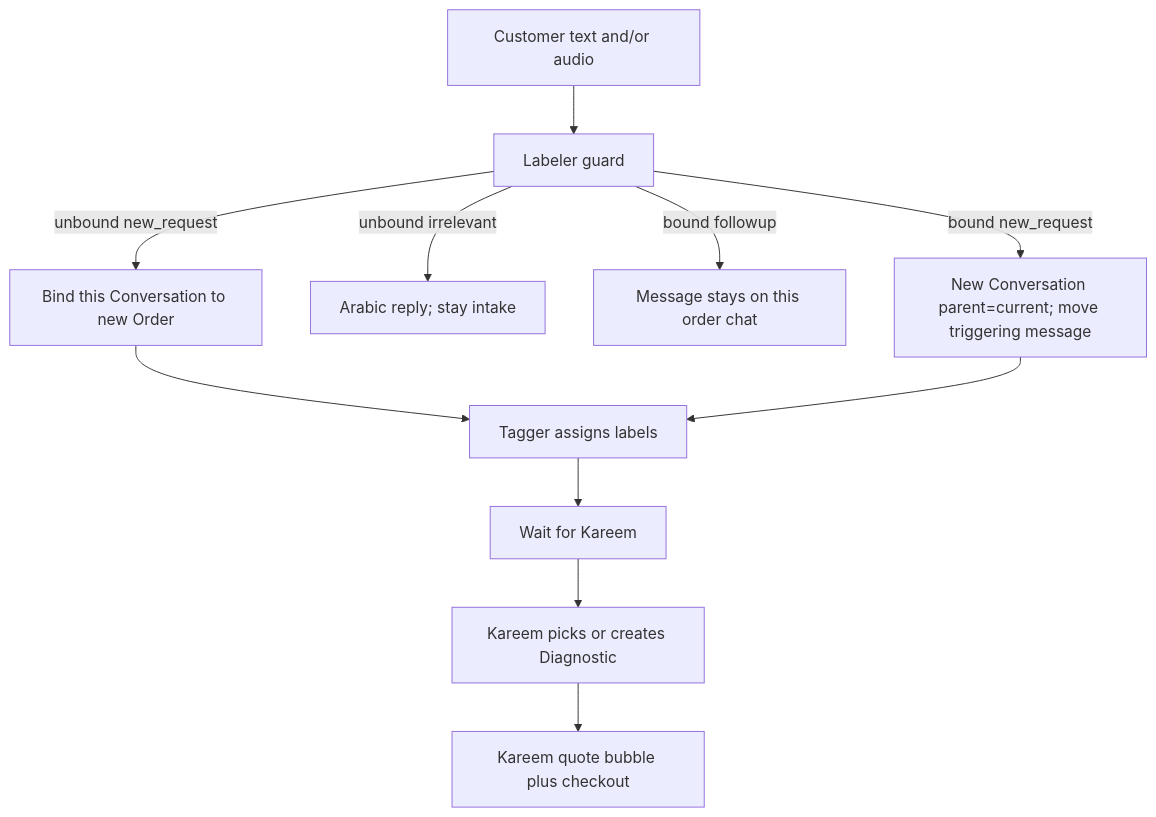
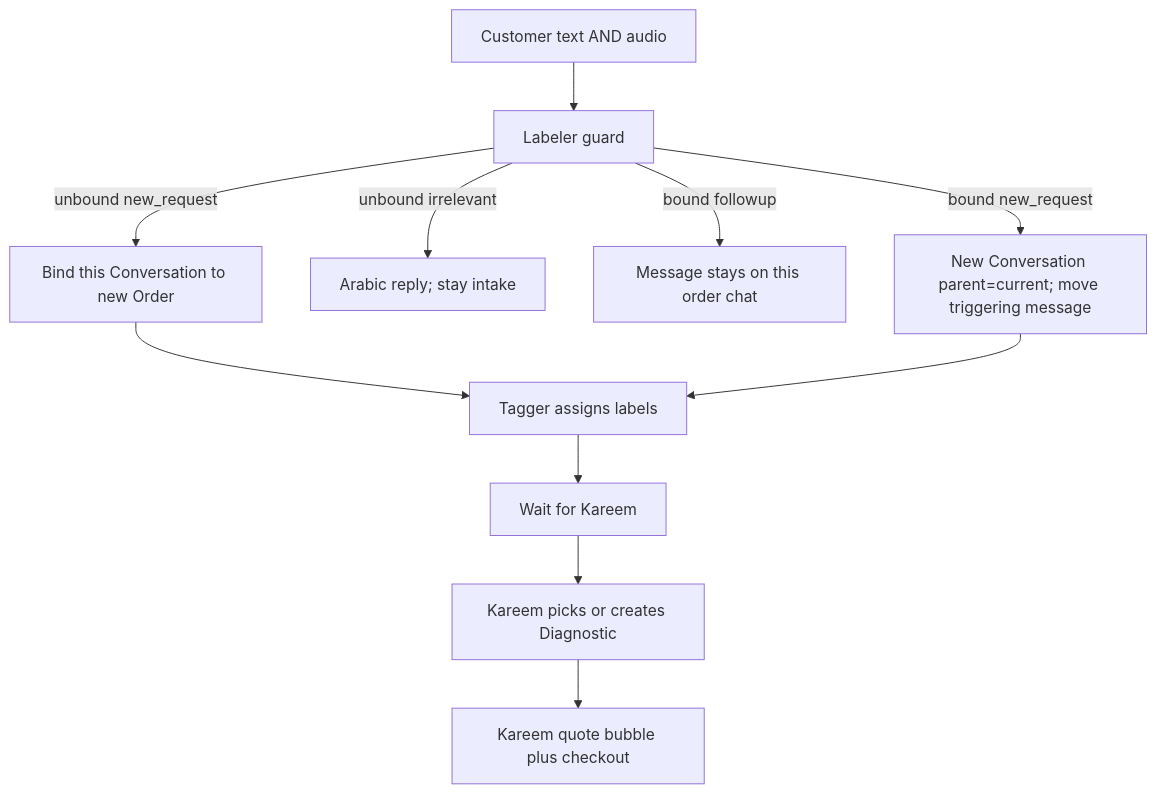
Before and after one commit to Yussof-Waleed/Buildathon-2.0: the third of 3 diagrams in AGENTS.md, drawn with Mermaid. The commit also changed other lines of this file and 6 other files, not shown here.

````diff
--- a/AGENTS.md
+++ b/AGENTS.md
@@ -206,13 +206,13 @@
 ```mermaid
 flowchart TD
-  Msg[Customer text and/or audio] --> Labeler[Labeler guard]
+  Msg[Customer text AND audio] --> Labeler[Labeler guard]
   Labeler -->|unbound new_request| Bind[Bind this Conversation to new Order]
   Labeler -->|unbound irrelevant| Reply[Arabic reply; stay intake]
   Labeler -->|bound followup| Stay[Message stays on this order chat]
   Labeler -->|bound new_request| Fork[New Conversation parent=current; move triggering message]
   Bind --> Tagger[Tagger assigns labels]
   Fork --> Tagger
   Tagger --> Wait[Wait for Kareem]
   Wait --> Quote[Kareem picks or creates Diagnostic]
   Quote --> Notify[Kareem quote bubble plus checkout]
 ```
````
